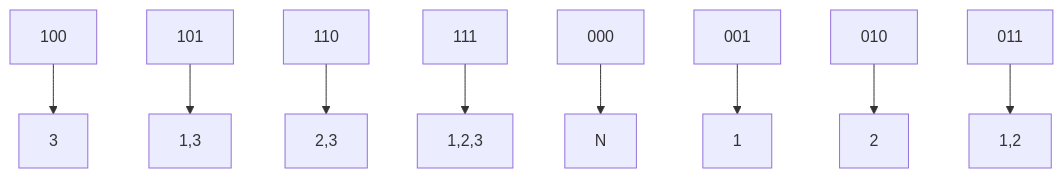
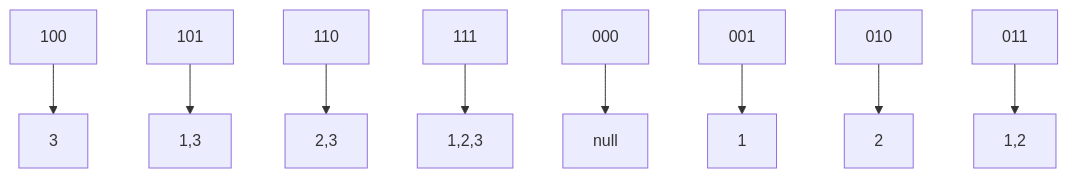
One commit to tianxia1221/Algorithm changed the third of 3 diagrams in leetcode/78.md. Above: the diagram before and after it, drawn with Mermaid. The commit also changed 10 other files, not shown here.

````diff
--- a/leetcode/78.md
+++ b/leetcode/78.md
@@ -169,11 +169,11 @@
   ```mermaid
   graph TB
-  	000 --> N
+  	000 --> null
   	001 --> 1
   	010 --> 2
   	011 --> 1,2
   	100 --> 3
   	101 --> 1,3
   	110 --> 2,3
   	111 --> 1,2,3
   ```
````
